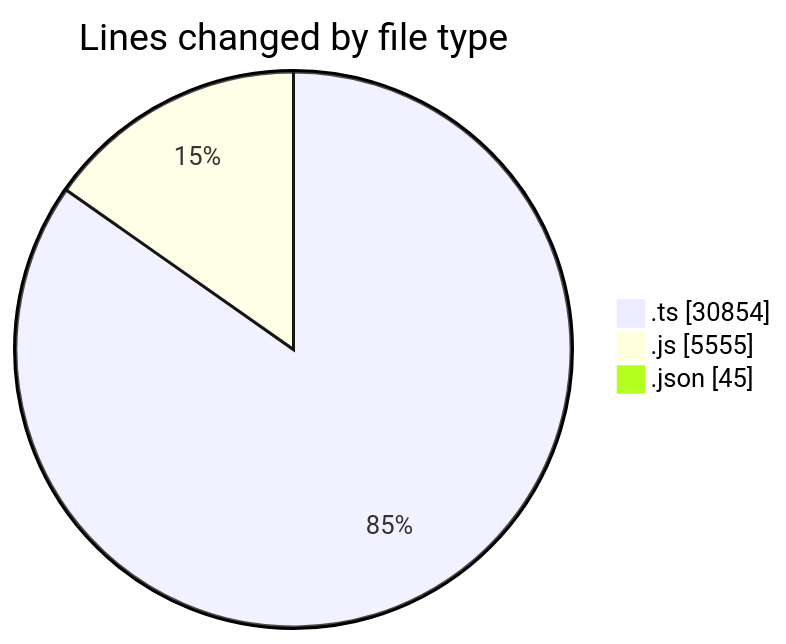
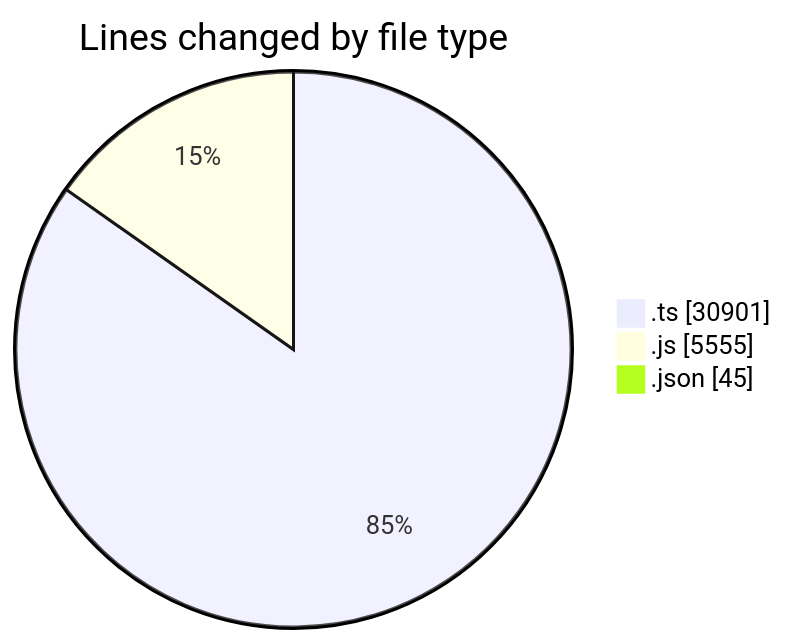
Before and after one commit to momahboobian/code-tracking: the first of 2 diagrams in 2025-07-29/cda/README.md, drawn with Mermaid. The commit also changed other lines of this file and 1 other file, not shown here.

````diff
--- a/2025-07-29/cda/README.md
+++ b/2025-07-29/cda/README.md
@@ -31,7 +31,7 @@
 ```mermaid
 pie showData
 title Lines changed by file type
-".ts" : 30854
+".ts" : 30901
 ".js" : 5555
 ".json" : 45
 ```
````
